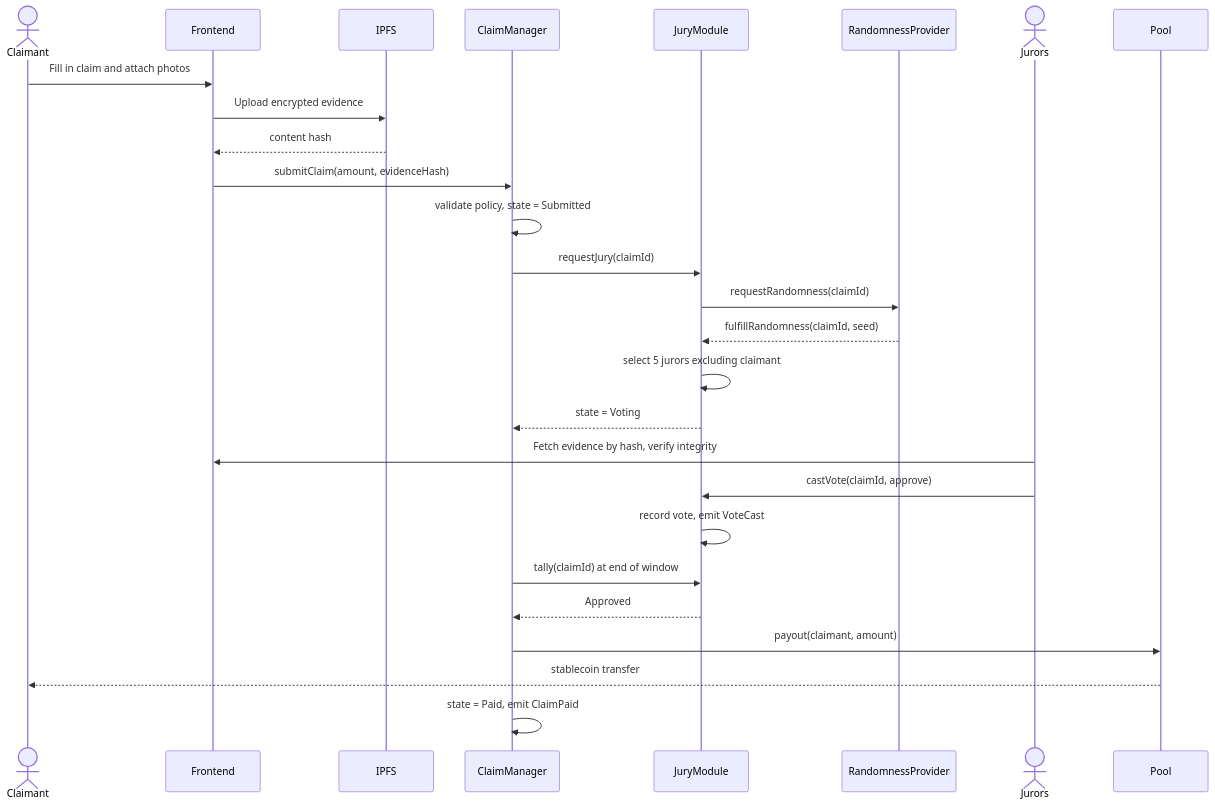
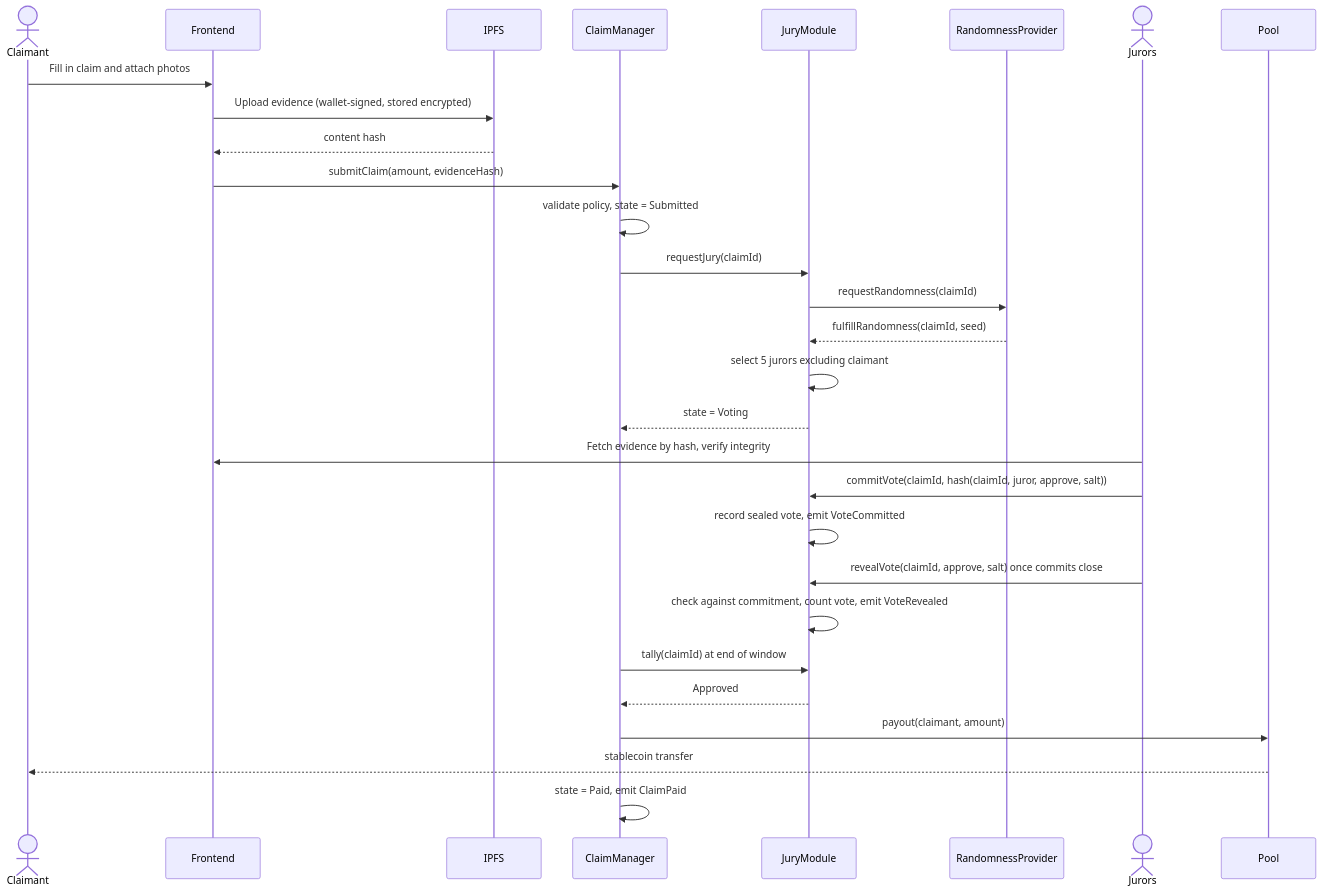
The fourth of 5 diagrams in docs/design-doc.md (StephanieNgu/trust-pool), drawn with Mermaid before and after one commit. The commit also changed other lines of this file and 17 other files, not shown here.

First line of the commit message:
Add commit-reveal voting and encrypt evidence at rest

````diff
--- a/docs/design-doc.md
+++ b/docs/design-doc.md
@@ -177,30 +180,32 @@
 ```mermaid
 sequenceDiagram
     actor C as Claimant
     participant UI as Frontend
     participant IPFS as IPFS
     participant CM as ClaimManager
     participant JM as JuryModule
     participant RNG as RandomnessProvider
     actor J as Jurors
     participant P as Pool
 
     C->>UI: Fill in claim and attach photos
-    UI->>IPFS: Upload encrypted evidence
+    UI->>IPFS: Upload evidence (wallet-signed, stored encrypted)
     IPFS-->>UI: content hash
     UI->>CM: submitClaim(amount, evidenceHash)
     CM->>CM: validate policy, state = Submitted
     CM->>JM: requestJury(claimId)
     JM->>RNG: requestRandomness(claimId)
     RNG-->>JM: fulfillRandomness(claimId, seed)
     JM->>JM: select 5 jurors excluding claimant
     JM-->>CM: state = Voting
     J->>UI: Fetch evidence by hash, verify integrity
-    J->>JM: castVote(claimId, approve)
-    JM->>JM: record vote, emit VoteCast
+    J->>JM: commitVote(claimId, hash(claimId, juror, approve, salt))
+    JM->>JM: record sealed vote, emit VoteCommitted
+    J->>JM: revealVote(claimId, approve, salt) once commits close
+    JM->>JM: check against commitment, count vote, emit VoteRevealed
     CM->>JM: tally(claimId) at end of window
     JM-->>CM: Approved
     CM->>P: payout(claimant, amount)
     P-->>C: stablecoin transfer
     CM->>CM: state = Paid, emit ClaimPaid
 ```
````
